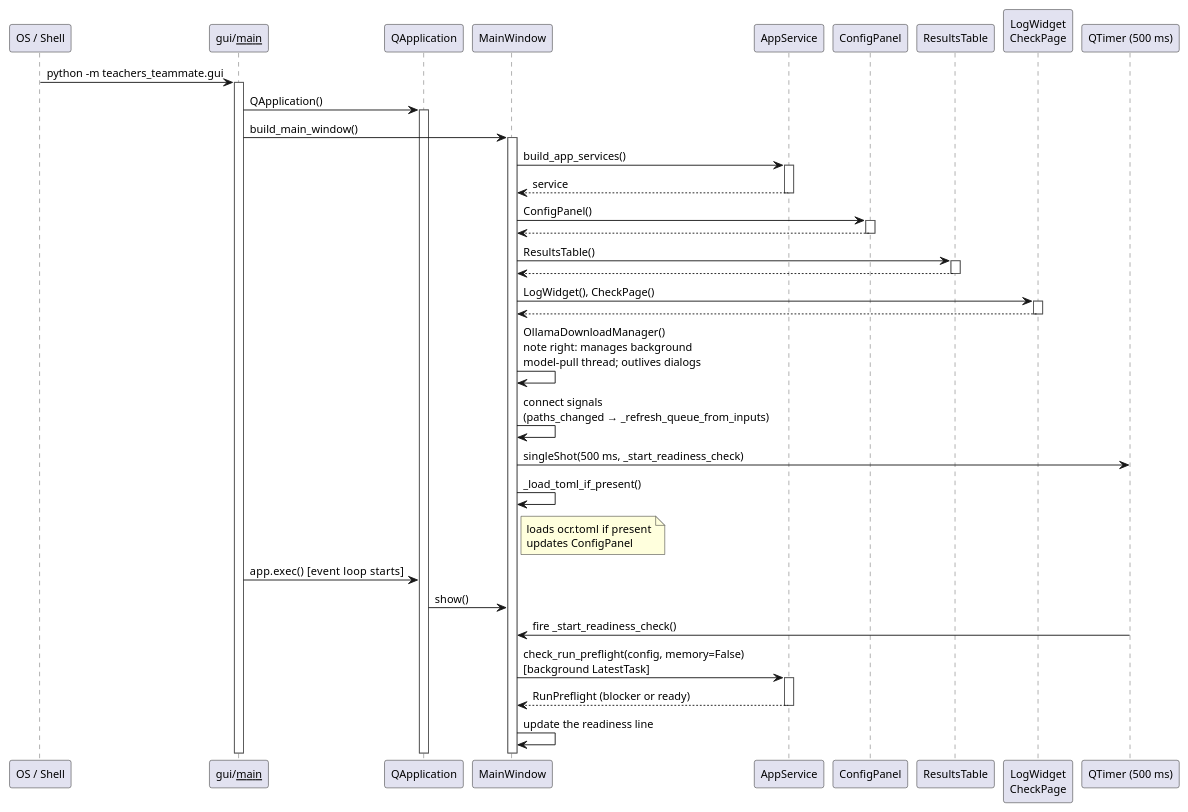
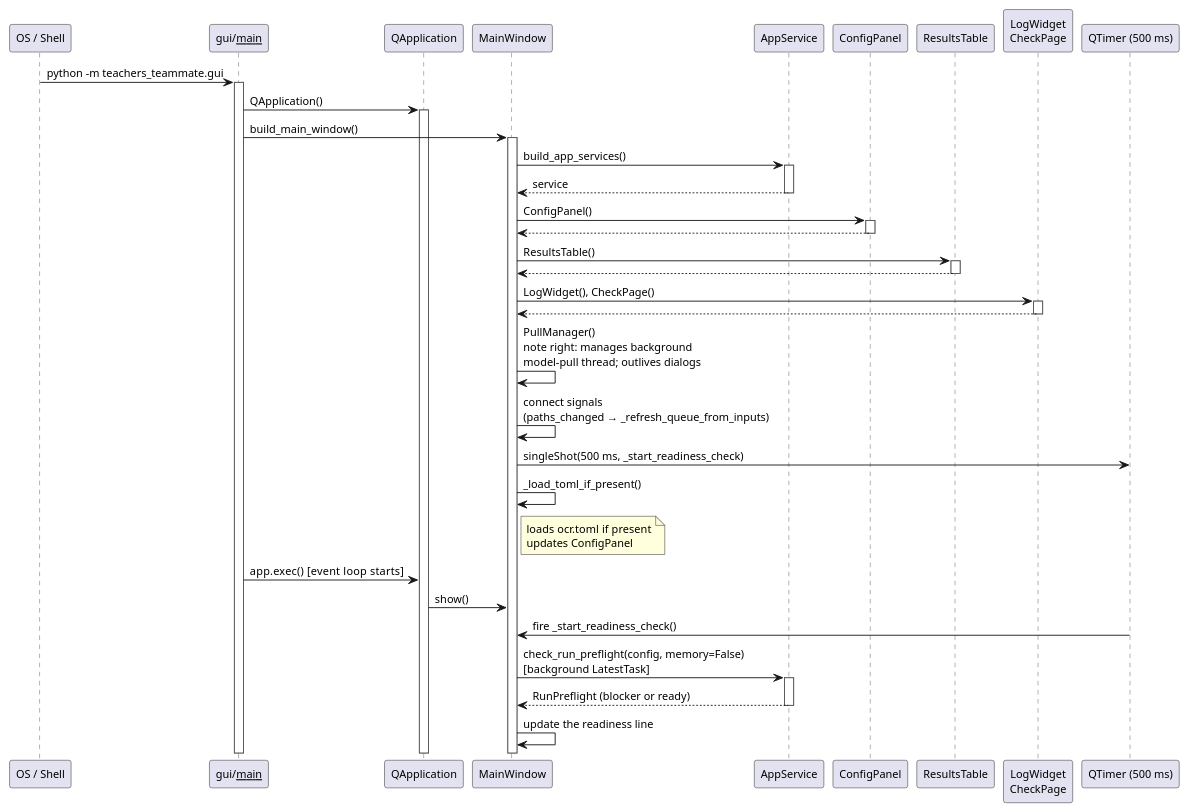
Before and after one commit to JoHoenk/teachers-teammate: the diagram in docs/assets/sequence_gui_init.puml, drawn with PlantUML. The commit also changed 36 other files, not shown here.

```diff
--- a/docs/assets/sequence_gui_init.puml
+++ b/docs/assets/sequence_gui_init.puml
@@ -1,59 +1,59 @@
 @startuml Teacher's Teammate — GUI Initialisation
 
 skinparam defaultFontSize 12
 skinparam sequenceArrowThickness 1
 skinparam sequenceGroupBorderColor #888888
 skinparam sequenceLifeLineBorderColor #555555
 skinparam shadowing false
 skinparam noteBackgroundColor #FFFFDD
 
 participant "OS / Shell"        as OS
 participant "gui/__main__"      as MAIN
 participant "QApplication"      as QAPP
 participant "MainWindow"        as WIN
 participant "AppService"        as SVC
 participant "ConfigPanel"       as CPANEL
 participant "ResultsTable"      as TABLE
 participant "LogWidget\nCheckPage" as PANE
 participant "QTimer (500 ms)"   as TIMER
 
 OS -> MAIN             : python -m teachers_teammate.gui
 activate MAIN
 MAIN -> QAPP           : QApplication()
 activate QAPP
 MAIN -> WIN            : build_main_window()
 activate WIN
 
 WIN -> SVC             : build_app_services()
 activate SVC
 SVC --> WIN            : service
 deactivate SVC
 WIN -> CPANEL          : ConfigPanel()
 activate CPANEL
 CPANEL --> WIN         :
 deactivate CPANEL
 WIN -> TABLE           : ResultsTable()
 activate TABLE
 TABLE --> WIN          :
 deactivate TABLE
 WIN -> PANE            : LogWidget(), CheckPage()
 activate PANE
 PANE --> WIN           :
 deactivate PANE
-WIN -> WIN             : OllamaDownloadManager()\nnote right: manages background\nmodel-pull thread; outlives dialogs
+WIN -> WIN             : PullManager()\nnote right: manages background\nmodel-pull thread; outlives dialogs
 WIN -> WIN             : connect signals\n(paths_changed → _refresh_queue_from_inputs)
 WIN -> TIMER           : singleShot(500 ms, _start_readiness_check)
 WIN -> WIN             : _load_toml_if_present()
 note right WIN         : loads ocr.toml if present\nupdates ConfigPanel
 
 MAIN -> QAPP           : app.exec()   [event loop starts]
 QAPP -> WIN            : show()
 
 TIMER -> WIN           : fire _start_readiness_check()
 WIN -> SVC             : check_run_preflight(config, memory=False)\n[background LatestTask]
 activate SVC
 SVC --> WIN            : RunPreflight (blocker or ready)
 deactivate SVC
 WIN -> WIN             : update the readiness line
 
 @enduml
```
